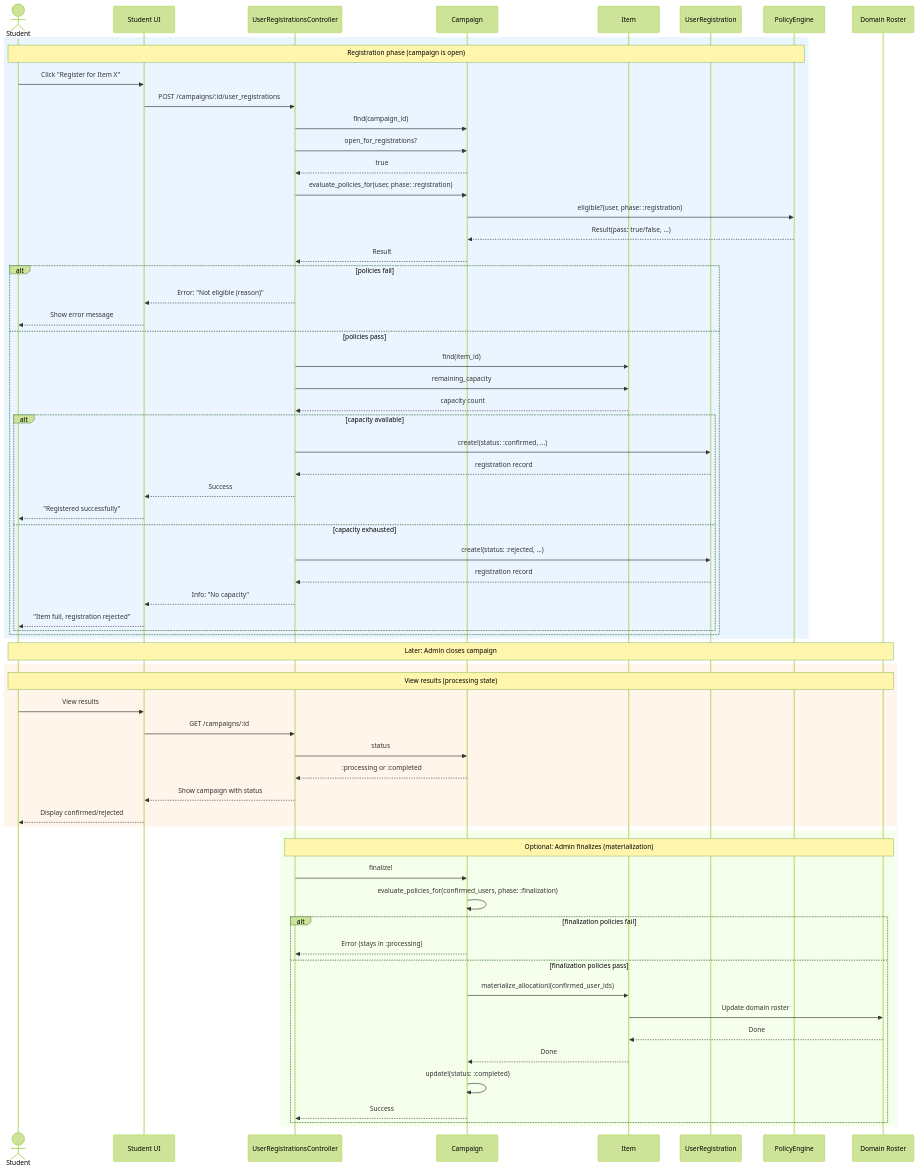
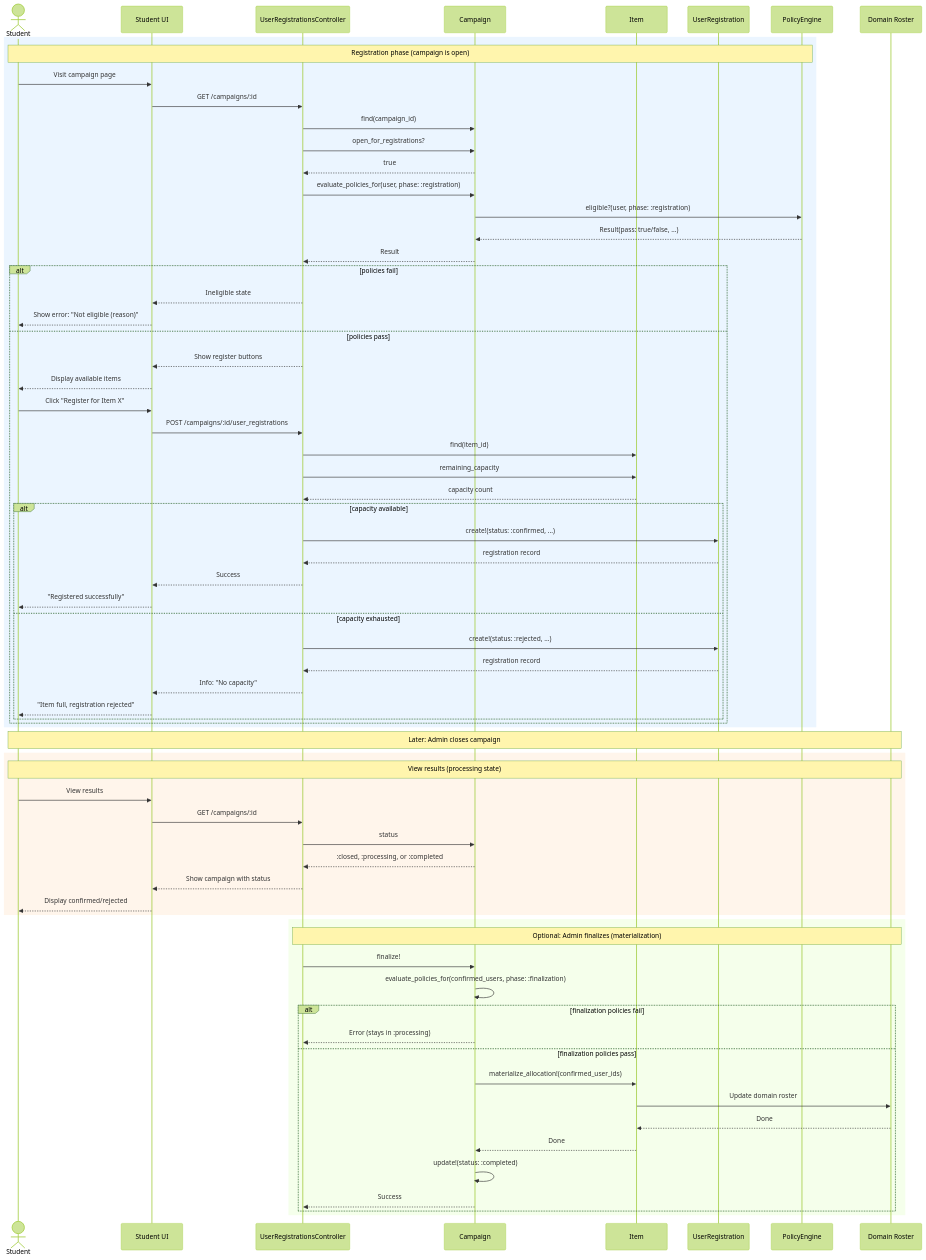
The sixth of 6 diagrams in architecture/src/features/02-registration.md (MaMpf-HD/mampf), drawn with Mermaid (forest theme) before and after one commit. The commit also changed other lines of this file and 16 other files, not shown here.

First line of the commit message:
Architecture: Incorporate changes from registration pr (#936)

````diff
--- a/architecture/src/features/02-registration.md
+++ b/architecture/src/features/02-registration.md
@@ -1236,75 +1316,80 @@
 ```mermaid
 sequenceDiagram
     actor Student
     participant UI as Student UI
     participant Controller as UserRegistrationsController
     participant Campaign
     participant Item
     participant UserReg as UserRegistration
     participant PolicyEngine
     participant Roster as Domain Roster
 
     rect rgb(235, 245, 255)
     note over Student,PolicyEngine: Registration phase (campaign is open)
-    Student->>UI: Click "Register for Item X"
-    UI->>Controller: POST /campaigns/:id/user_registrations
-    
+    Student->>UI: Visit campaign page
+    UI->>Controller: GET /campaigns/:id
     Controller->>Campaign: find(campaign_id)
     Controller->>Campaign: open_for_registrations?
     Campaign-->>Controller: true
     
     Controller->>Campaign: evaluate_policies_for(user, phase: :registration)
     Campaign->>PolicyEngine: eligible?(user, phase: :registration)
     PolicyEngine-->>Campaign: Result(pass: true/false, ...)
     Campaign-->>Controller: Result
     
     alt policies fail
-        Controller-->>UI: Error: "Not eligible (reason)"
-        UI-->>Student: Show error message
+        Controller-->>UI: Ineligible state
+        UI-->>Student: Show error: "Not eligible (reason)"
     else policies pass
+        Controller-->>UI: Show register buttons
+        UI-->>Student: Display available items
+        
+        Student->>UI: Click "Register for Item X"
+        UI->>Controller: POST /campaigns/:id/user_registrations
+        
         Controller->>Item: find(item_id)
         Controller->>Item: remaining_capacity
         Item-->>Controller: capacity count
         
         alt capacity available
             Controller->>UserReg: create!(status: :confirmed, ...)
             UserReg-->>Controller: registration record
             Controller-->>UI: Success
             UI-->>Student: "Registered successfully"
         else capacity exhausted
             Controller->>UserReg: create!(status: :rejected, ...)
             UserReg-->>Controller: registration record
             Controller-->>UI: Info: "No capacity"
             UI-->>Student: "Item full, registration rejected"
         end
     end
     end
     
     note over Student,Roster: Later: Admin closes campaign
     
     rect rgb(255, 245, 235)
     note over Student,Roster: View results (processing state)
     Student->>UI: View results
     UI->>Controller: GET /campaigns/:id
     Controller->>Campaign: status
-    Campaign-->>Controller: :processing or :completed
+    Campaign-->>Controller: :closed, :processing, or :completed
     Controller-->>UI: Show campaign with status
     UI-->>Student: Display confirmed/rejected
     end
     
     rect rgb(245, 255, 235)
     note over Controller,Roster: Optional: Admin finalizes (materialization)
     Controller->>Campaign: finalize!
     Campaign->>Campaign: evaluate_policies_for(confirmed_users, phase: :finalization)
     alt finalization policies fail
         Campaign-->>Controller: Error (stays in :processing)
     else finalization policies pass
         Campaign->>Item: materialize_allocation!(confirmed_user_ids)
         Item->>Roster: Update domain roster
         Roster-->>Item: Done
         Item-->>Campaign: Done
         Campaign->>Campaign: update!(status: :completed)
         Campaign-->>Controller: Success
     end
     end
 ```
````
